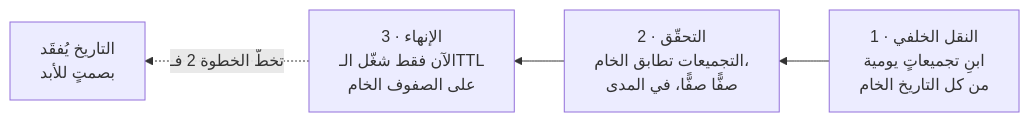
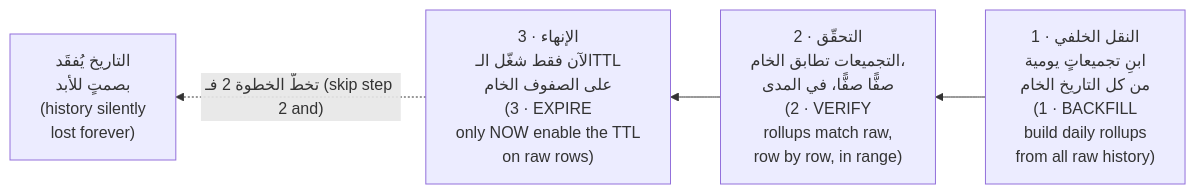
Before and after one commit to Tamoura/system-design-for-vibe-coders: the fifth of 10 diagrams in modules/02-data-storage-backups/module.ar.md, drawn with Mermaid. The commit also changed other lines of this file and 62 other files, not shown here.

First line of the commit message:
Arabic editions: English on every diagram label, RTL fixes, rebuild

````diff
--- a/modules/02-data-storage-backups/module.ar.md
+++ b/modules/02-data-storage-backups/module.ar.md
@@ -489,6 +489,6 @@
 ```mermaid
 flowchart RL
-    B["1 · النقل الخلفي<br/>ابنِ تجميعاتٍ يومية<br/>من كل التاريخ الخام"] --> V["2 · التحقّق<br/>التجميعات تطابق الخام،<br/>صفًّا صفًّا، في المدى"]
-    V --> E["3 · الإنهاء<br/>الآن فقط شغّل الـTTL<br/>على الصفوف الخام"]
-    E -.->|"تخطَّ الخطوة 2 فـ"| X["التاريخ يُفقَد<br/>بصمتٍ للأبد"]
+    B["1 · النقل الخلفي<br/>ابنِ تجميعاتٍ يومية<br/>من كل التاريخ الخام<br/>(1 · BACKFILL<br/>build daily rollups<br/>from all raw history)"] --> V["2 · التحقّق<br/>التجميعات تطابق الخام،<br/>صفًّا صفًّا، في المدى<br/>(2 · VERIFY<br/>rollups match raw,<br/>row by row, in range)"]
+    V --> E["3 · الإنهاء<br/>الآن فقط شغّل الـTTL<br/>على الصفوف الخام<br/>(3 · EXPIRE<br/>only NOW enable the TTL<br/>on raw rows)"]
+    E -.->|"تخطَّ الخطوة 2 فـ (skip step 2 and)"| X["التاريخ يُفقَد<br/>بصمتٍ للأبد<br/>(history silently<br/>lost forever)"]
 ```
````
